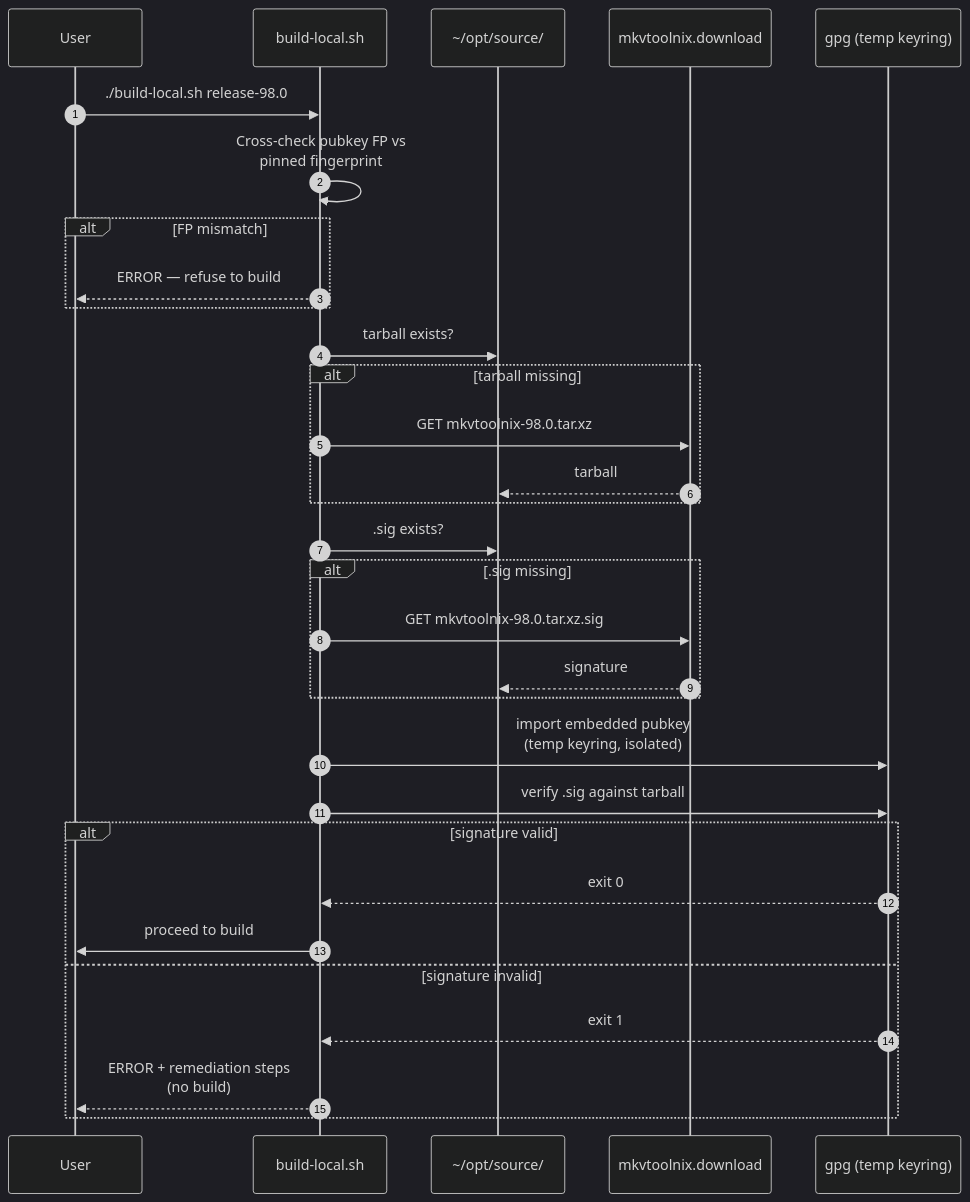
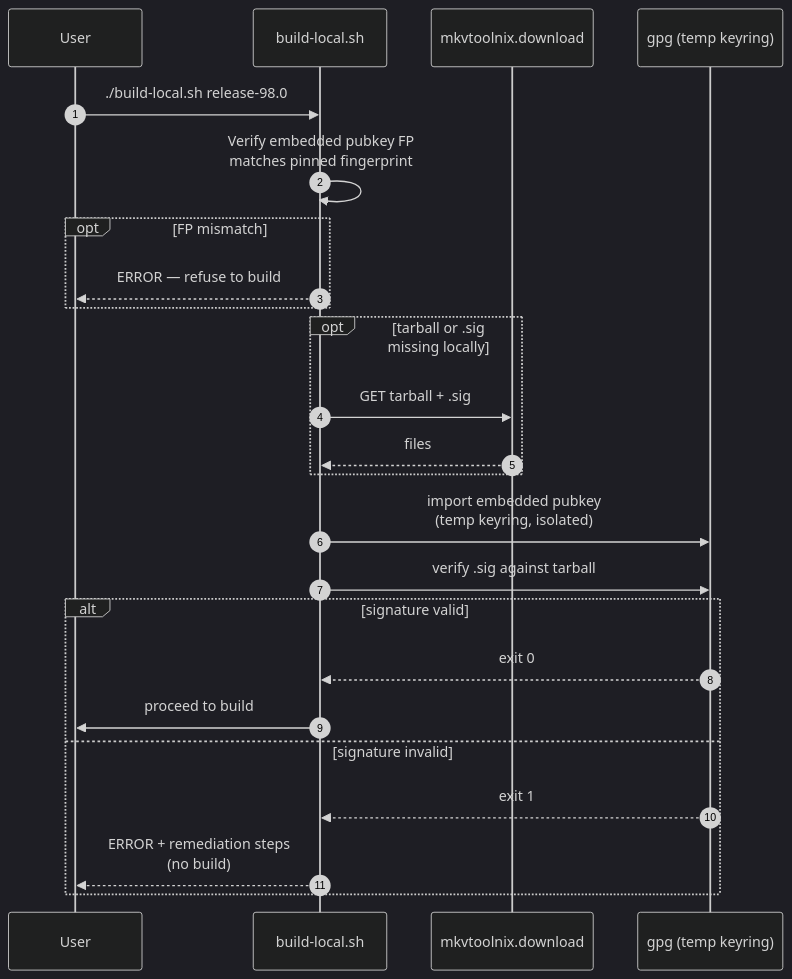
Before and after one commit to CorticalCode/mkvtoolnix-macos-arm: the third of 6 diagrams in docs/tarball-verification.md, drawn with Mermaid (dark theme). The commit also changed other lines of this file and 2 other files, not shown here.

First line of the commit message:
docs: improve diagram readability and tighten guide content

````diff
--- a/docs/tarball-verification.md
+++ b/docs/tarball-verification.md
@@ -86,37 +103,31 @@
 ```mermaid
 sequenceDiagram
     autonumber
     participant U as User
     participant W as build-local.sh
-    participant FS as ~/opt/source/
     participant UP as mkvtoolnix.download
     participant G as gpg (temp keyring)
 
     U->>W: ./build-local.sh release-98.0
-    W->>W: Cross-check pubkey FP vs<br/>pinned fingerprint
-    alt FP mismatch
+    W->>W: Verify embedded pubkey FP<br/>matches pinned fingerprint
+
+    opt FP mismatch
         W-->>U: ERROR — refuse to build
     end
 
-    W->>FS: tarball exists?
-    alt tarball missing
-        W->>UP: GET mkvtoolnix-98.0.tar.xz
-        UP-->>FS: tarball
-    end
-    W->>FS: .sig exists?
-    alt .sig missing
-        W->>UP: GET mkvtoolnix-98.0.tar.xz.sig
-        UP-->>FS: signature
+    opt tarball or .sig missing locally
+        W->>UP: GET tarball + .sig
+        UP-->>W: files
     end
 
     W->>G: import embedded pubkey<br/>(temp keyring, isolated)
     W->>G: verify .sig against tarball
 
     alt signature valid
         G-->>W: exit 0
         W->>U: proceed to build
     else signature invalid
         G-->>W: exit 1
         W-->>U: ERROR + remediation steps<br/>(no build)
     end
 ```
````
